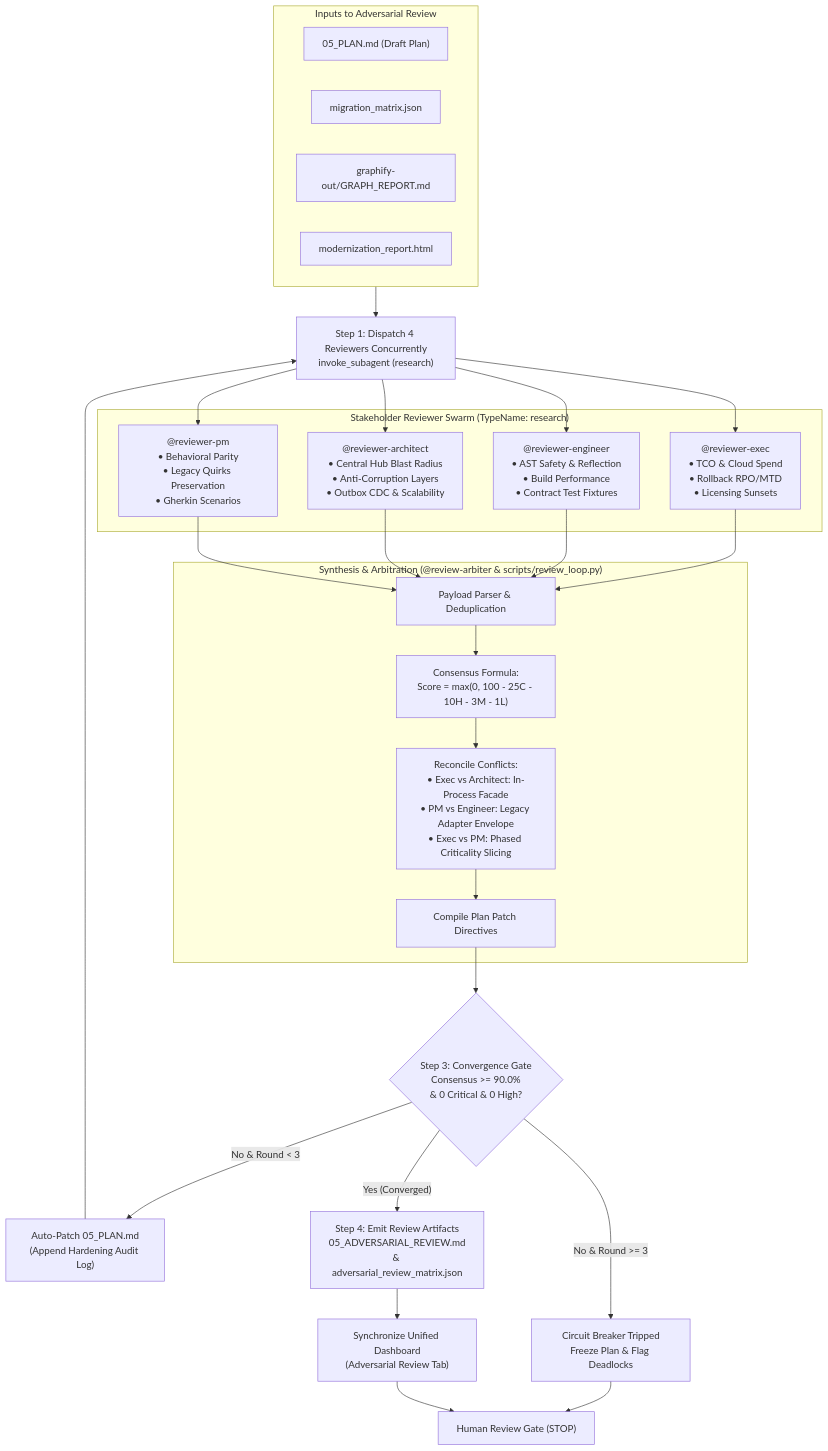
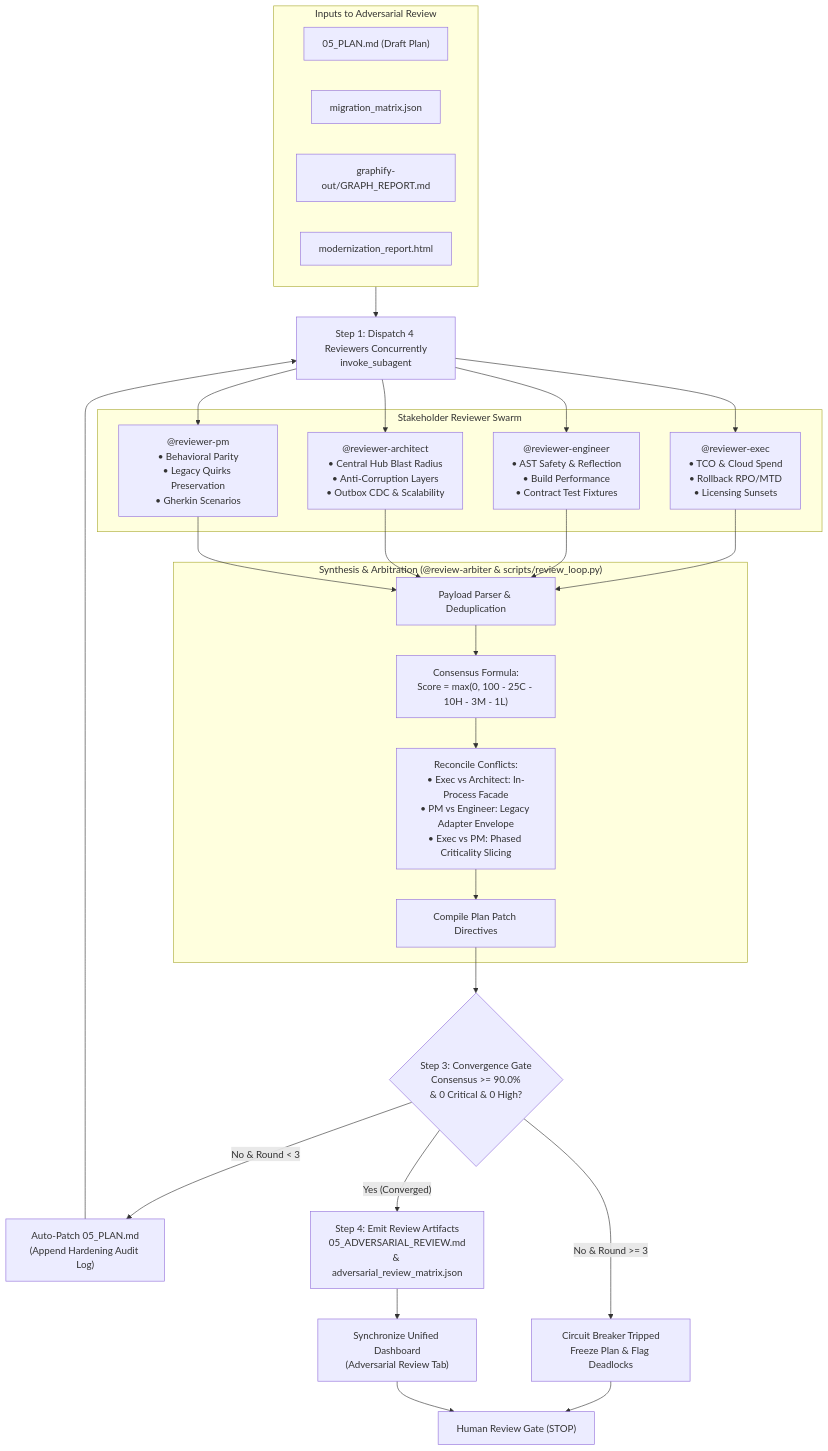
One commit to sapientcoffee/bean-grinder changed the diagram in skills/adversarial-review/SKILL.md. Above: the diagram before and after it, drawn with Mermaid. The commit also changed other lines of this file and 1 other file, not shown here.

Commit message:
fix(skills): 🏷️ use explicit subagent TypeNames for TUI visibility in assess and review

````diff
--- a/skills/adversarial-review/SKILL.md
+++ b/skills/adversarial-review/SKILL.md
@@ -10,39 +10,39 @@
 ```mermaid
 flowchart TD
     subgraph Inputs["Inputs to Adversarial Review"]
         Plan["05_PLAN.md (Draft Plan)"]
         Matrix["migration_matrix.json"]
         Graph["graphify-out/GRAPH_REPORT.md"]
         Report["modernization_report.html"]
     end
 
-    Inputs --> Dispatch["Step 1: Dispatch 4 Reviewers Concurrently<br/>invoke_subagent (research)"]
+    Inputs --> Dispatch["Step 1: Dispatch 4 Reviewers Concurrently<br/>invoke_subagent"]
 
-    subgraph Swarm["Stakeholder Reviewer Swarm (TypeName: research)"]
+    subgraph Swarm["Stakeholder Reviewer Swarm"]
         Exec["@reviewer-exec<br/>• TCO & Cloud Spend<br/>• Rollback RPO/MTD<br/>• Licensing Sunsets"]
         Eng["@reviewer-engineer<br/>• AST Safety & Reflection<br/>• Build Performance<br/>• Contract Test Fixtures"]
         Arch["@reviewer-architect<br/>• Central Hub Blast Radius<br/>• Anti-Corruption Layers<br/>• Outbox CDC & Scalability"]
         PM["@reviewer-pm<br/>• Behavioral Parity<br/>• Legacy Quirks Preservation<br/>• Gherkin Scenarios"]
     end
 
     Dispatch --> Exec & Eng & Arch & PM
 
     subgraph Arbitration["Synthesis & Arbitration (@review-arbiter & scripts/review_loop.py)"]
         Exec & Eng & Arch & PM --> Parse["Payload Parser & Deduplication"]
         Parse --> Score["Consensus Formula:<br/>Score = max(0, 100 - 25C - 10H - 3M - 1L)"]
         Score --> TradeOffs["Reconcile Conflicts:<br/>• Exec vs Architect: In-Process Facade<br/>• PM vs Engineer: Legacy Adapter Envelope<br/>• Exec vs PM: Phased Criticality Slicing"]
         TradeOffs --> Directive["Compile Plan Patch Directives"]
     end
 
     Directive --> Eval{"Step 3: Convergence Gate<br/>Consensus >= 90.0%<br/>& 0 Critical & 0 High?"}
 
     Eval -->|"No & Round < 3"| AutoPatch["Auto-Patch 05_PLAN.md<br/>(Append Hardening Audit Log)"]
     AutoPatch --> Dispatch
 
     Eval -->|"No & Round >= 3"| CircuitBreaker["Circuit Breaker Tripped<br/>Freeze Plan & Flag Deadlocks"]
     CircuitBreaker --> Gate["Human Review Gate (STOP)"]
 
     Eval -->|"Yes (Converged)"| Converged["Step 4: Emit Review Artifacts<br/>05_ADVERSARIAL_REVIEW.md<br/>& adversarial_review_matrix.json"]
     Converged --> Dash["Synchronize Unified Dashboard<br/>(Adversarial Review Tab)"]
     Dash --> Gate
 ```
````
